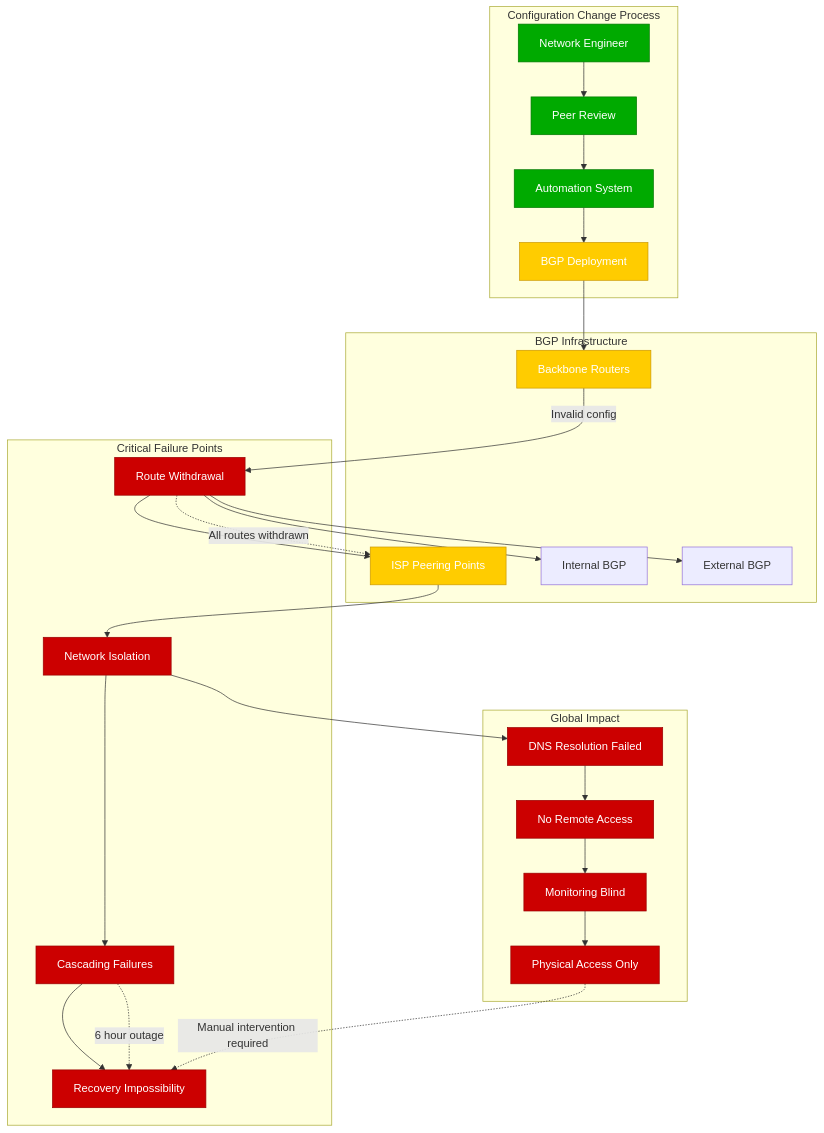
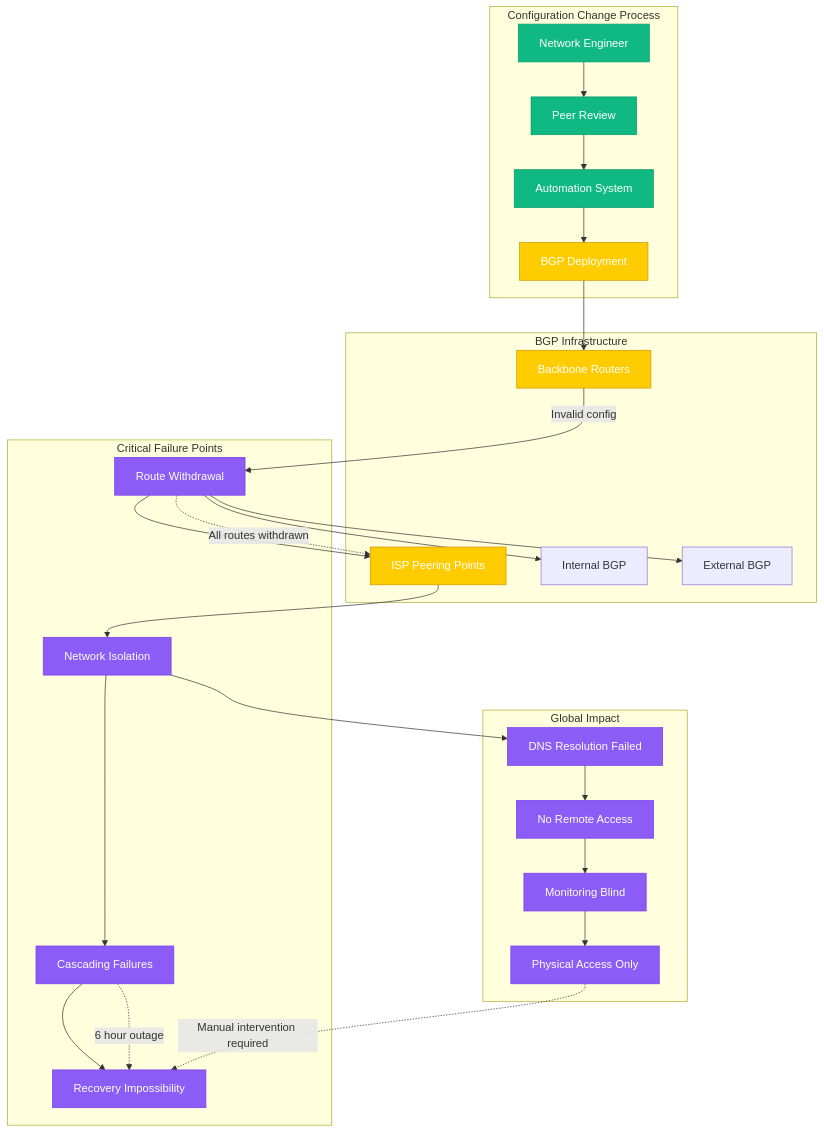
The third of 9 diagrams in site/docs/systems/meta/failure-domains.md (deepaucksharma/DS), drawn with Mermaid before and after one commit. The commit also changed other lines of this file and 303 other files, not shown here.

````diff
--- a/site/docs/systems/meta/failure-domains.md
+++ b/site/docs/systems/meta/failure-domains.md
@@ -99,65 +99,65 @@
 ```mermaid
 graph TB
     subgraph ConfigChange[Configuration Change Process]
         ENGINEER[Network Engineer]
         REVIEW[Peer Review]
         AUTOMATION[Automation System]
         DEPLOYMENT[BGP Deployment]
     end
 
     subgraph BGPLayer[BGP Infrastructure]
         BACKBONE_ROUTERS[Backbone Routers]
         PEERING[ISP Peering Points]
         INTERNAL[Internal BGP]
         EXTERNAL[External BGP]
     end
 
     subgraph FailurePoints[Critical Failure Points]
         WITHDRAW[Route Withdrawal]
         ISOLATION[Network Isolation]
         CASCADING[Cascading Failures]
         RECOVERY[Recovery Impossibility]
     end
 
     subgraph Impact[Global Impact]
         NO_DNS[DNS Resolution Failed]
         NO_ACCESS[No Remote Access]
         NO_MONITORING[Monitoring Blind]
         PHYSICAL_ONLY[Physical Access Only]
     end
 
     %% Normal flow
     ENGINEER --> REVIEW
     REVIEW --> AUTOMATION
     AUTOMATION --> DEPLOYMENT
     DEPLOYMENT --> BACKBONE_ROUTERS
 
     %% Failure cascade
     BACKBONE_ROUTERS -->|"Invalid config"| WITHDRAW
     WITHDRAW --> PEERING
     WITHDRAW --> INTERNAL
     WITHDRAW --> EXTERNAL
 
     PEERING --> ISOLATION
     ISOLATION --> CASCADING
     CASCADING --> RECOVERY
 
     %% Impact chain
     ISOLATION --> NO_DNS
     NO_DNS --> NO_ACCESS
     NO_ACCESS --> NO_MONITORING
     NO_MONITORING --> PHYSICAL_ONLY
 
     %% Annotations
     WITHDRAW -.->|"All routes withdrawn"| PEERING
     CASCADING -.->|"6 hour outage"| RECOVERY
     PHYSICAL_ONLY -.->|"Manual intervention required"| RECOVERY
 
-    classDef normalStyle fill:#00AA00,stroke:#007700,color:#fff
+    classDef normalStyle fill:#10B981,stroke:#059669,color:#fff
     classDef warningStyle fill:#FFCC00,stroke:#CC9900,color:#fff
-    classDef criticalStyle fill:#CC0000,stroke:#990000,color:#fff
+    classDef criticalStyle fill:#8B5CF6,stroke:#7C3AED,color:#fff
 
     class ENGINEER,REVIEW,AUTOMATION normalStyle
     class DEPLOYMENT,BACKBONE_ROUTERS,PEERING warningStyle
     class WITHDRAW,ISOLATION,CASCADING,RECOVERY,NO_DNS,NO_ACCESS,NO_MONITORING,PHYSICAL_ONLY criticalStyle
 ```
````
